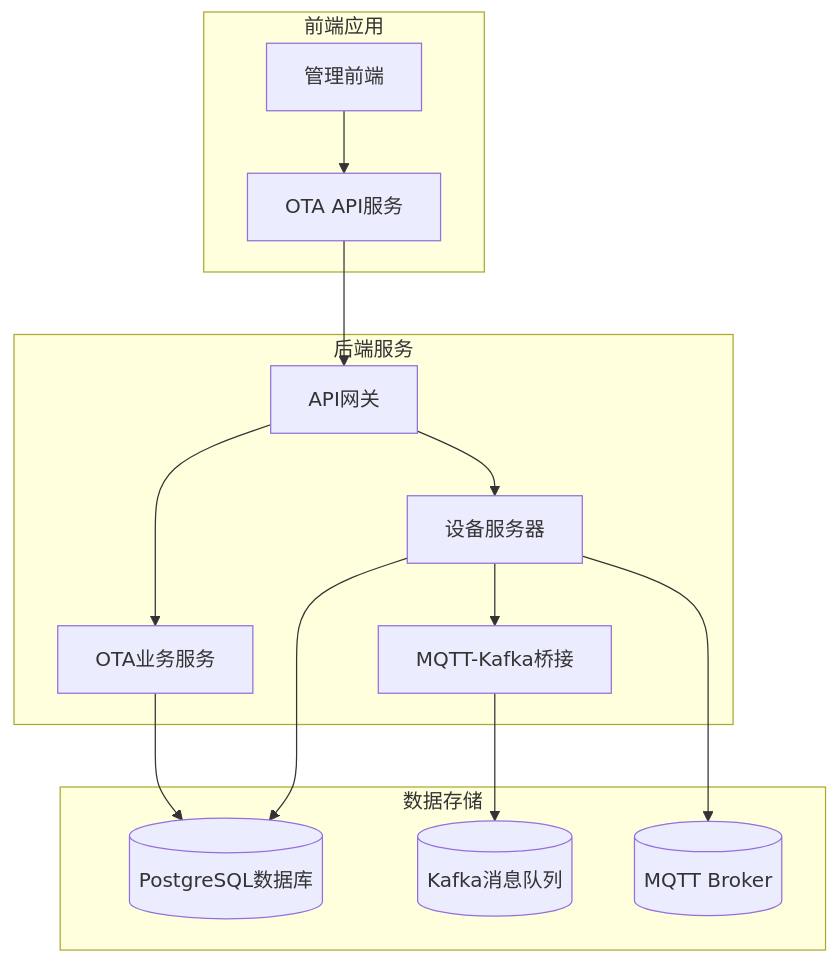
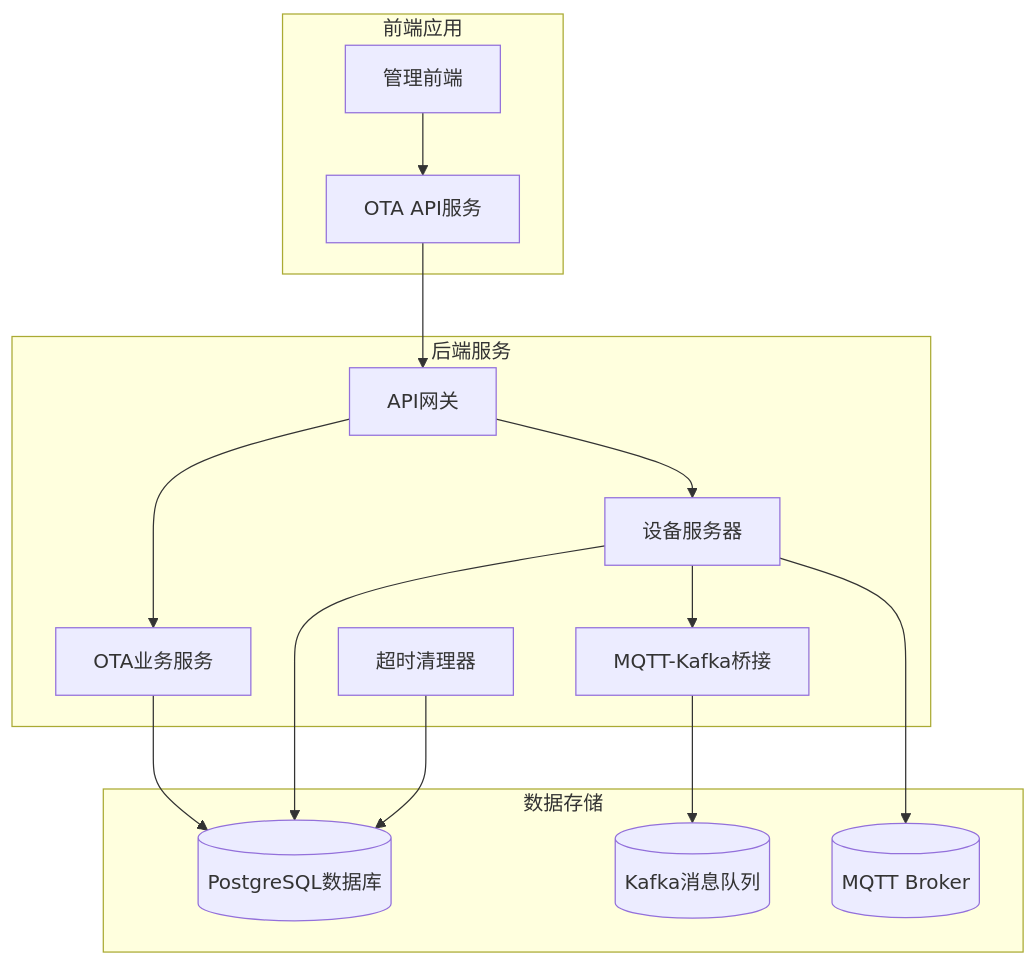
One commit to mcmrzy/cs_inv_monitor-develop changed the first of 22 diagrams in .qoder/repowiki/zh/content/OTA升级系统/OTA任务调度/OTA任务调度.md. Above: the diagram before and after it, drawn with Mermaid. The commit also changed other lines of this file and 28 other files, not shown here.

````diff
--- a/.qoder/repowiki/zh/content/OTA升级系统/OTA任务调度/OTA任务调度.md
+++ b/.qoder/repowiki/zh/content/OTA升级系统/OTA任务调度/OTA任务调度.md
@@ -59,27 +71,29 @@
 ```mermaid
 graph TB
 subgraph "前端应用"
 FE[管理前端]
 FE_API[OTA API服务]
 end
 subgraph "后端服务"
 API[API网关]
 OTA_API[OTA业务服务]
 DEVICE_SERVER[设备服务器]
 BRIDGE[MQTT-Kafka桥接]
+TIMEOUT_CLEANER[超时清理器]
 end
 subgraph "数据存储"
 DB[(PostgreSQL数据库)]
 KAFKA[(Kafka消息队列)]
 MQTT[(MQTT Broker)]
 end
 FE --> FE_API
 FE_API --> API
 API --> OTA_API
 API --> DEVICE_SERVER
 DEVICE_SERVER --> BRIDGE
 BRIDGE --> KAFKA
 OTA_API --> DB
 DEVICE_SERVER --> MQTT
 DEVICE_SERVER --> DB
+TIMEOUT_CLEANER --> DB
 ```
````
